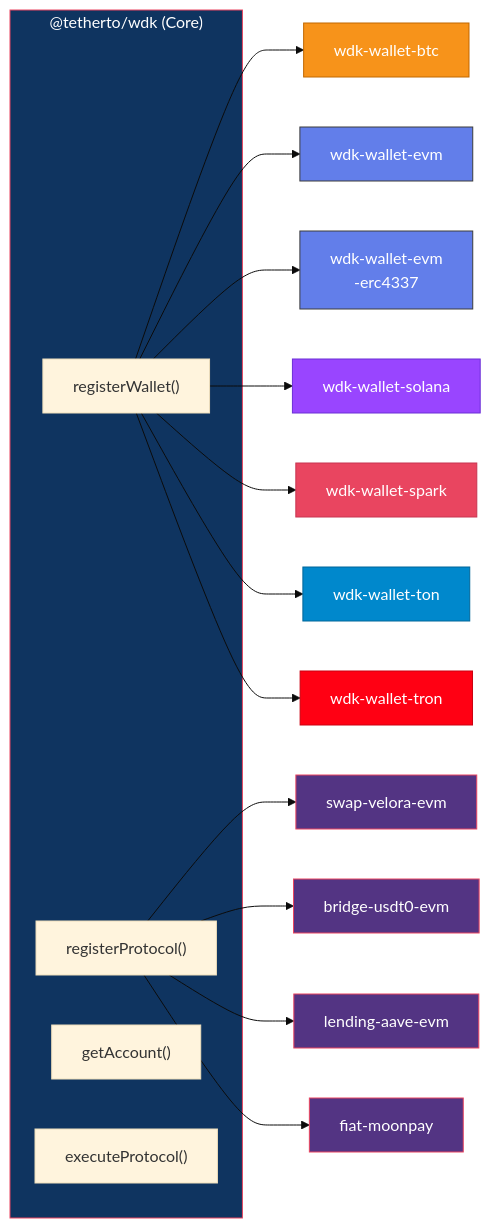
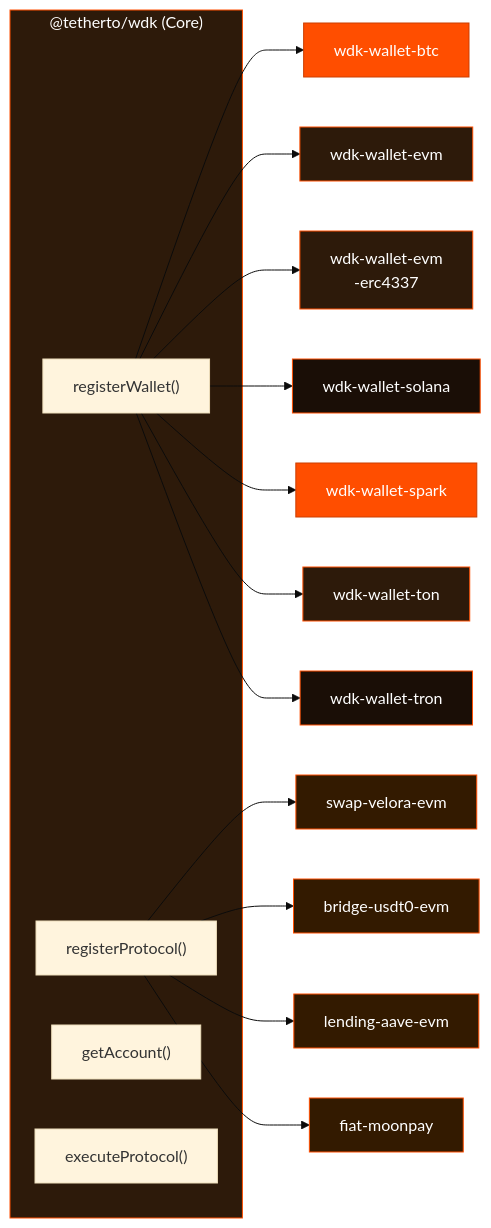
One commit to gatteo/wdk-docs changed the diagram in sdk/core-module/README.md. Above: the diagram before and after it, drawn with Mermaid (base theme). The commit also changed 21 other files, not shown here.

Commit message:
docs: update all mermaid diagrams to WDK branding colors (#FF4E00 orange, #080201 dark)

````diff
--- a/sdk/core-module/README.md
+++ b/sdk/core-module/README.md
@@ -24,35 +24,35 @@
 ```mermaid
 graph LR
     subgraph Core["@tetherto/wdk (Core)"]
         RW["registerWallet()"]
         RP["registerProtocol()"]
         GA["getAccount()"]
         EP["executeProtocol()"]
     end
 
     RW --> BTC["wdk-wallet-btc"]
     RW --> EVM["wdk-wallet-evm"]
     RW --> EVM43["wdk-wallet-evm\n-erc4337"]
     RW --> SOL["wdk-wallet-solana"]
     RW --> SPARK["wdk-wallet-spark"]
     RW --> TON["wdk-wallet-ton"]
     RW --> TRON["wdk-wallet-tron"]
 
     RP --> SWAP["swap-velora-evm"]
     RP --> BRIDGE["bridge-usdt0-evm"]
     RP --> LEND["lending-aave-evm"]
     RP --> FIAT["fiat-moonpay"]
 
-    style Core fill:#0f3460,stroke:#e94560,color:#fff
-    style BTC fill:#f7931a,stroke:#c16800,color:#fff
-    style EVM fill:#627eea,stroke:#3c3c3d,color:#fff
-    style EVM43 fill:#627eea,stroke:#3c3c3d,color:#fff
-    style SOL fill:#9945ff,stroke:#6b2fd6,color:#fff
-    style SPARK fill:#e94560,stroke:#c73550,color:#fff
-    style TON fill:#0088cc,stroke:#006699,color:#fff
-    style TRON fill:#ff0013,stroke:#cc0010,color:#fff
-    style SWAP fill:#533483,stroke:#e94560,color:#fff
-    style BRIDGE fill:#533483,stroke:#e94560,color:#fff
-    style LEND fill:#533483,stroke:#e94560,color:#fff
-    style FIAT fill:#533483,stroke:#e94560,color:#fff
+    style Core fill:#2d1a0a,stroke:#FF4E00,color:#fff
+    style BTC fill:#FF4E00,stroke:#cc3e00,color:#fff
+    style EVM fill:#2d1a0a,stroke:#FF4E00,color:#fff
+    style EVM43 fill:#2d1a0a,stroke:#FF4E00,color:#fff
+    style SOL fill:#1a0e06,stroke:#FF4E00,color:#fff
+    style SPARK fill:#FF4E00,stroke:#cc3e00,color:#fff
+    style TON fill:#2d1a0a,stroke:#FF4E00,color:#fff
+    style TRON fill:#1a0e06,stroke:#FF4E00,color:#fff
+    style SWAP fill:#331a00,stroke:#FF4E00,color:#fff
+    style BRIDGE fill:#331a00,stroke:#FF4E00,color:#fff
+    style LEND fill:#331a00,stroke:#FF4E00,color:#fff
+    style FIAT fill:#331a00,stroke:#FF4E00,color:#fff
 ```
````
